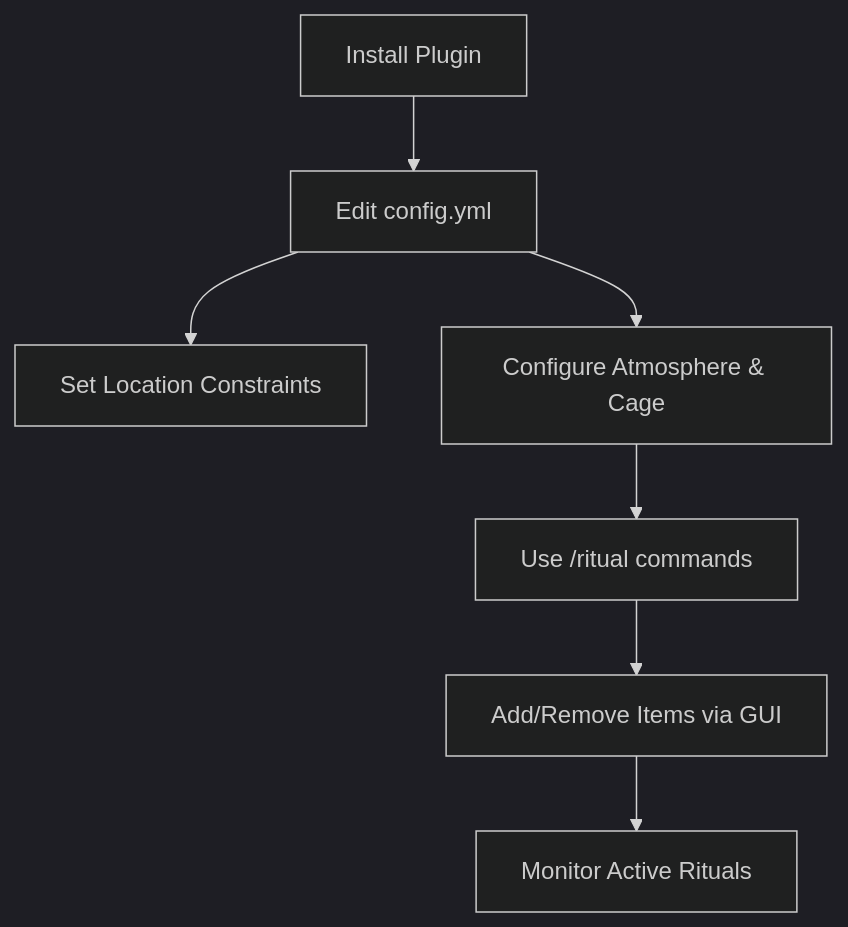
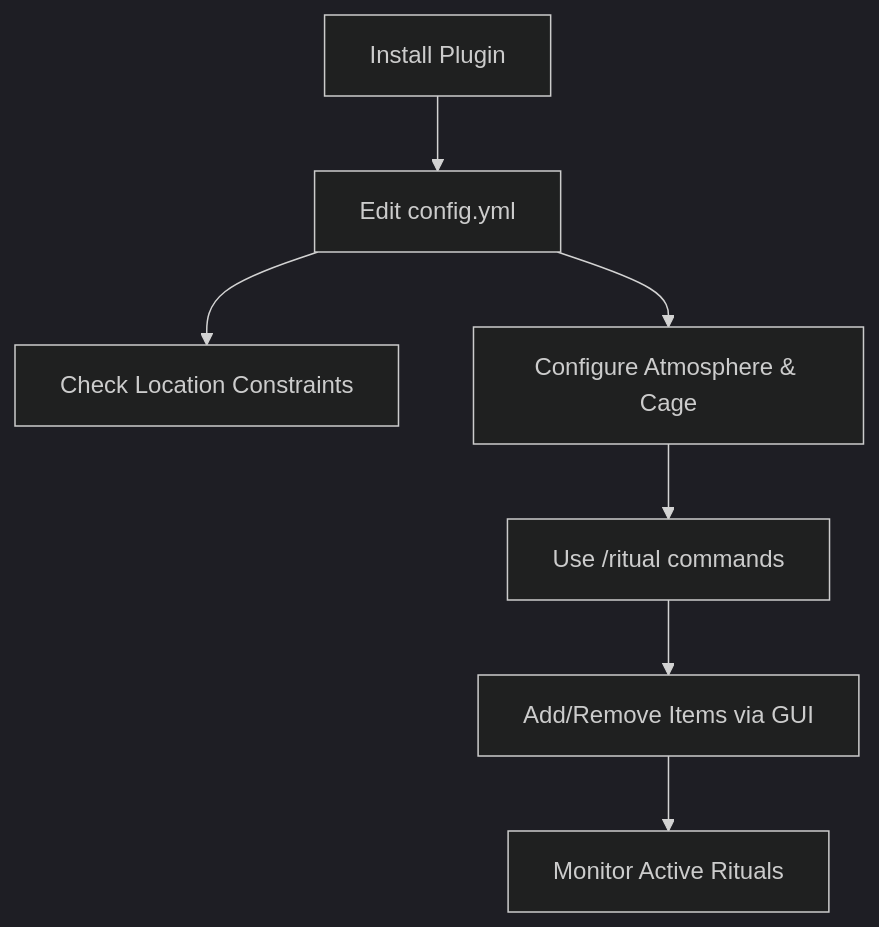
Before and after one commit to FrndlyFrags/CursedRituals: the second of 2 diagrams in README.md, drawn with Mermaid (dark theme). The commit also changed other lines of this file, not shown here.

Commit message:
Modify admin flow and add ritual status command
Updated admin flow diagram and added command for checking ritual status.

````diff
--- a/README.md
+++ b/README.md
@@ -29,9 +29,9 @@
 ```mermaid
 graph TD
     A[Install Plugin] --> B[Edit config.yml]
-    B --> C[Set Location Constraints]
+    B --> C[Check Location Constraints]
     B --> D[Configure Atmosphere & Cage]
     D --> E[Use /ritual commands]
     E --> F[Add/Remove Items via GUI]
     F --> G[Monitor Active Rituals]
 ```
````
